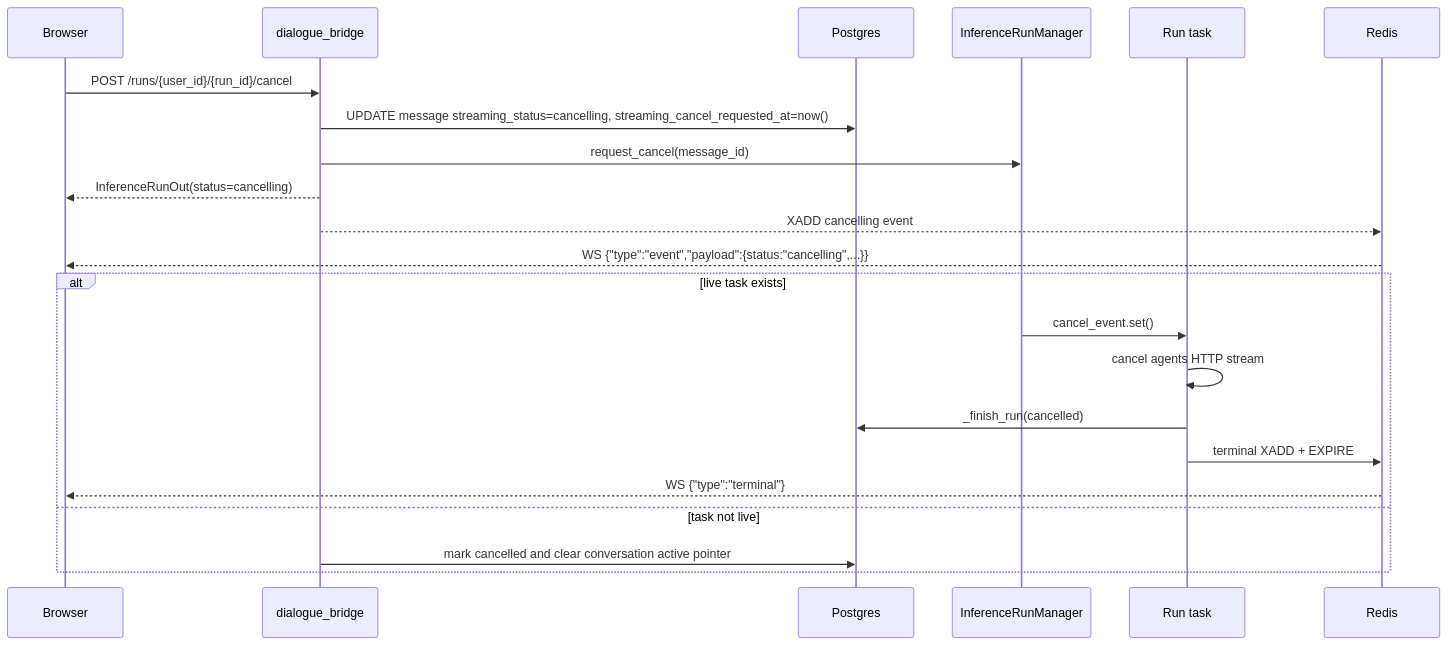
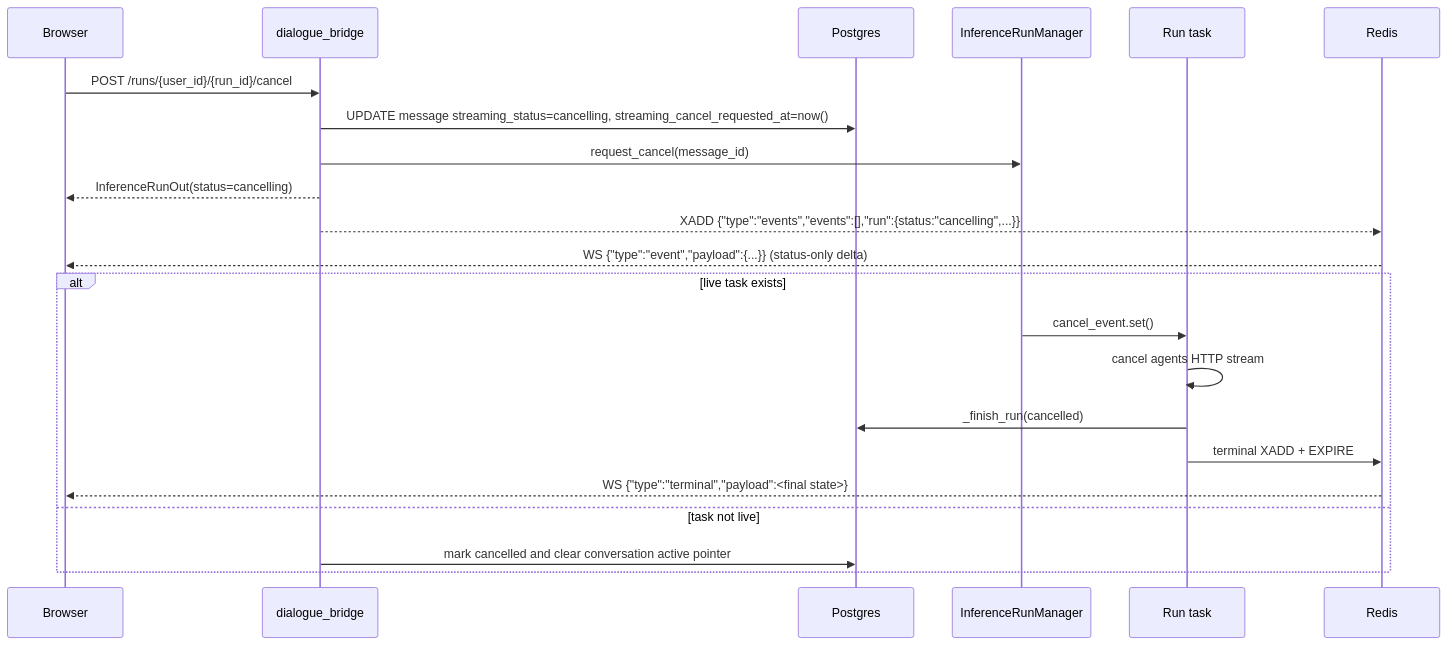
Before and after one commit to konstantinosmpouros/mAgenticX: the seventh of 9 diagrams in docs/flows/inference-streaming.md, drawn with Mermaid. The commit also changed other lines of this file and 39 other files, not shown here.

Commit message:
Agent run timeline rebuild: event-log fold + interleaved CoT/content + HITL takeover

````diff
--- a/docs/flows/inference-streaming.md
+++ b/docs/flows/inference-streaming.md
@@ -379,25 +405,25 @@
 ```mermaid
 sequenceDiagram
     participant UI as Browser
     participant Bridge as dialogue_bridge
     participant PG as Postgres
     participant Manager as InferenceRunManager
     participant Task as Run task
 
     UI->>Bridge: POST /runs/{user_id}/{run_id}/cancel
     Bridge->>PG: UPDATE message streaming_status=cancelling, streaming_cancel_requested_at=now()
     Bridge->>Manager: request_cancel(message_id)
     Bridge-->>UI: InferenceRunOut(status=cancelling)
-    Bridge-->>Redis: XADD cancelling event
-    Redis-->>UI: WS {"type":"event","payload":{status:"cancelling",...}}
+    Bridge-->>Redis: XADD {"type":"events","events":[],"run":{status:"cancelling",...}}
+    Redis-->>UI: WS {"type":"event","payload":{...}} (status-only delta)
 
     alt live task exists
         Manager->>Task: cancel_event.set()
         Task->>Task: cancel agents HTTP stream
         Task->>PG: _finish_run(cancelled)
         Task->>Redis: terminal XADD + EXPIRE
-        Redis-->>UI: WS {"type":"terminal"}
+        Redis-->>UI: WS {"type":"terminal","payload":<final state>}
     else task not live
         Bridge->>PG: mark cancelled and clear conversation active pointer
     end
 ```
````
